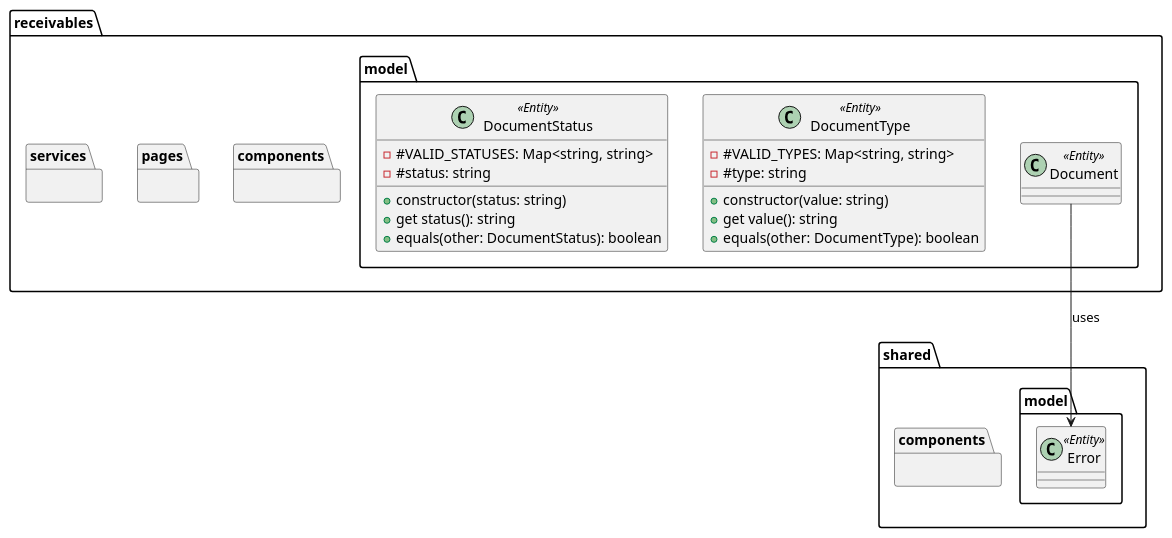
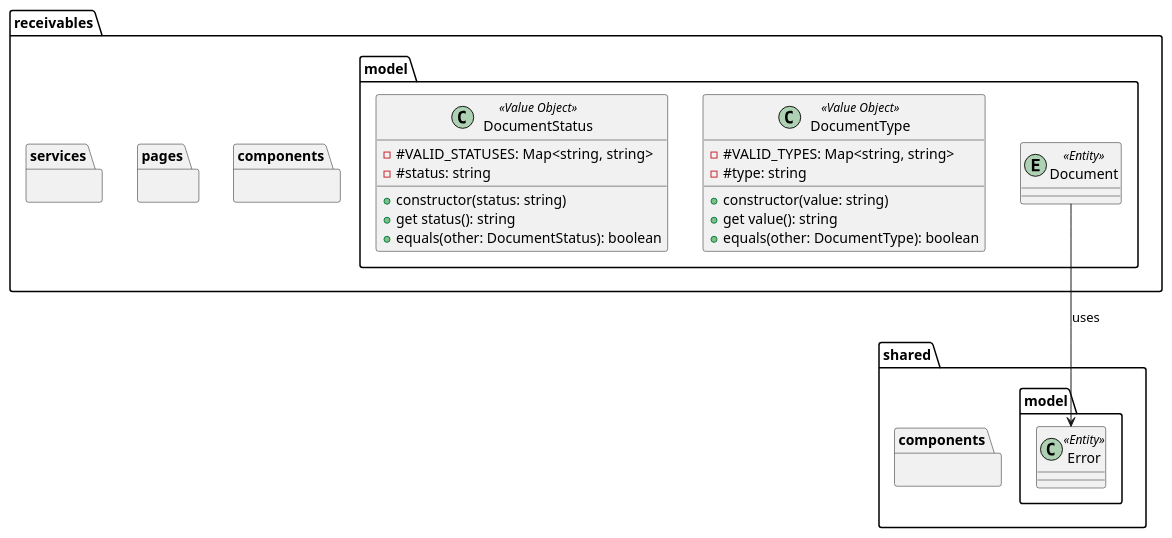
One commit to discuenta/discuenta-web changed the diagram in docs/class-diagram.puml. Above: the diagram before and after it, drawn with PlantUML.

Commit message:
docs: update DocumentType and DocumentStatus to use 'Value Object' stereotype

```diff
--- a/docs/class-diagram.puml
+++ b/docs/class-diagram.puml
@@ -1,53 +1,53 @@
 @startuml Discuenta Class Diagram
 
 package "shared" {
    package "components" {
 
    }
 
    package "model" {
        class "Error" <<Entity>> {
 
        }
    }
 }
 
 package "receivables" {
     package "components" {
 
     }
 
     package "model" {
-        class "Document" <<Entity>> {
+        entity "Document" <<Entity>> {
 
         }
 
-        class "DocumentType" <<Entity>> {
+        class "DocumentType" <<Value Object>> {
             - #VALID_TYPES: Map<string, string>
             - #type: string
             + constructor(value: string)
             + get value(): string
             + equals(other: DocumentType): boolean
         }
 
-        class "DocumentStatus" <<Entity>> {
+        class "DocumentStatus" <<Value Object>> {
             - #VALID_STATUSES: Map<string, string>
             - #status: string
             + constructor(status: string)
             + get status(): string
             + equals(other: DocumentStatus): boolean
         }
     }
 
     package "pages" {
 
     }
 
     package "services" {
 
     }
 }
 
 'Relationship
 receivables.model.Document --> shared.model.Error : uses
 @enduml
```
